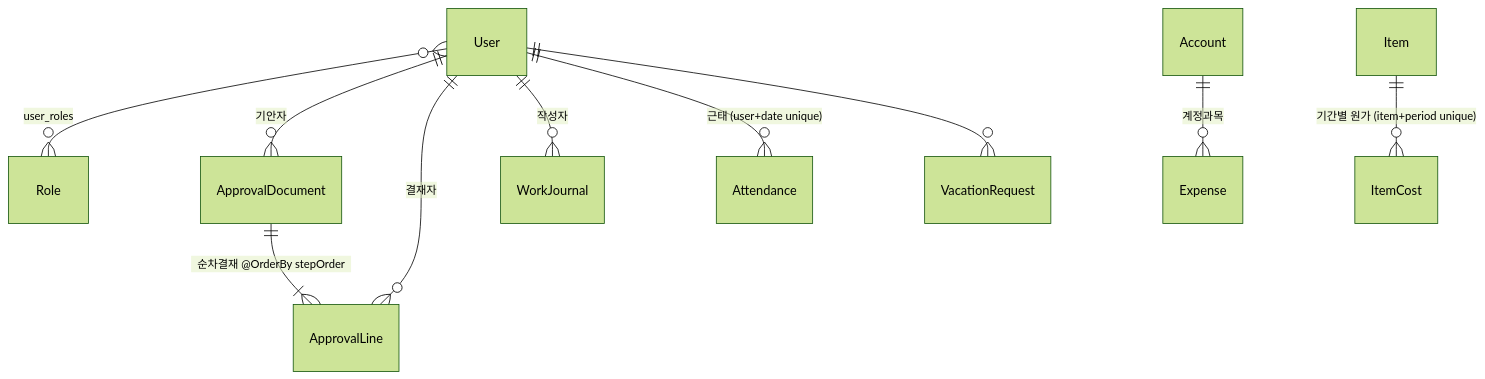
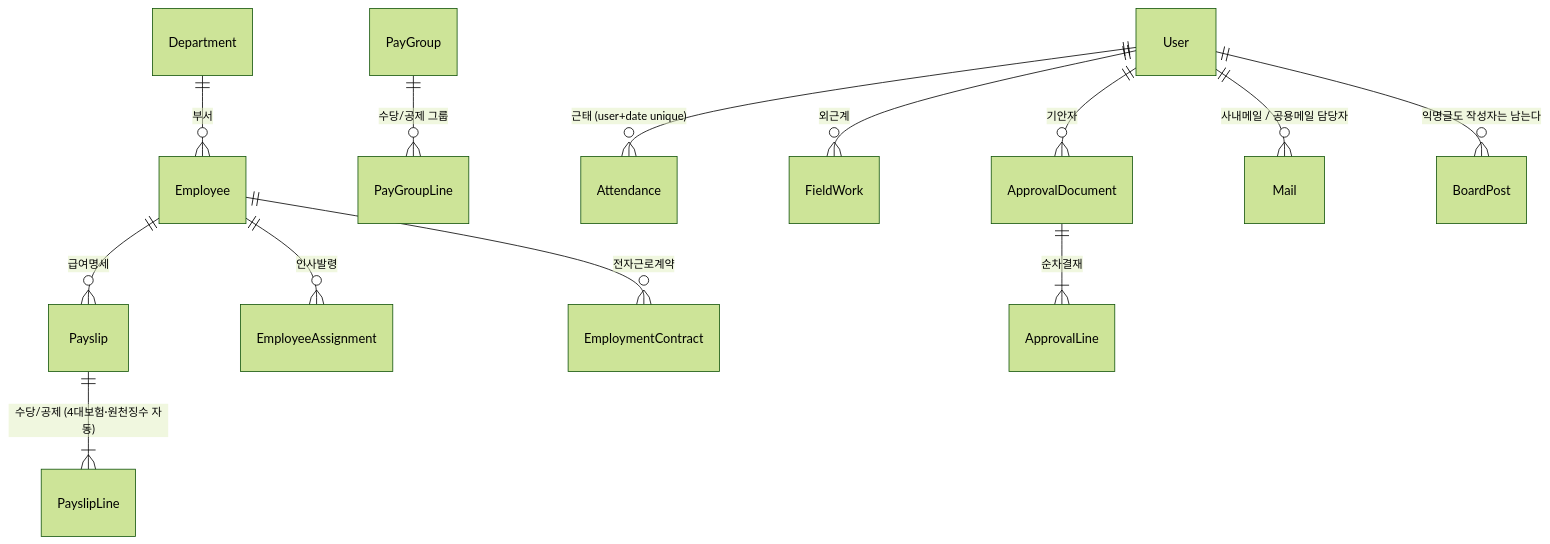
One commit to KWANHYUNKIM/industry-erp changed the seventh of 11 diagrams in docs/데이터-관계도.md. Above: the diagram before and after it, drawn with Mermaid (forest theme). The commit also changed other lines of this file and 1 other file, not shown here.

````diff
--- a/docs/데이터-관계도.md
+++ b/docs/데이터-관계도.md
@@ -97,13 +158,16 @@
 ```mermaid
 erDiagram
-  User }o--o{ Role : "user_roles"
+  Department ||--o{ Employee : "부서"
+  Employee ||--o{ Payslip : "급여명세"
+  Payslip ||--|{ PayslipLine : "수당/공제 (4대보험·원천징수 자동)"
+  PayGroup ||--o{ PayGroupLine : "수당/공제 그룹"
+  Employee ||--o{ EmployeeAssignment : "인사발령"
+  Employee ||--o{ EmploymentContract : "전자근로계약"
+
+  User ||--o{ Attendance : "근태 (user+date unique)"
+  User ||--o{ FieldWork : "외근계"
   User ||--o{ ApprovalDocument : "기안자"
-  ApprovalDocument ||--|{ ApprovalLine : "순차결재 @OrderBy stepOrder"
-  User ||--o{ ApprovalLine : "결재자"
-  User ||--o{ WorkJournal : "작성자"
-  User ||--o{ Attendance : "근태 (user+date unique)"
-  User ||--o{ VacationRequest : ""
-
-  Account ||--o{ Expense : "계정과목"
-  Item ||--o{ ItemCost : "기간별 원가 (item+period unique)"
+  ApprovalDocument ||--|{ ApprovalLine : "순차결재"
+  User ||--o{ Mail : "사내메일 / 공용메일 담당자"
+  User ||--o{ BoardPost : "익명글도 작성자는 남는다"
 ```
````
